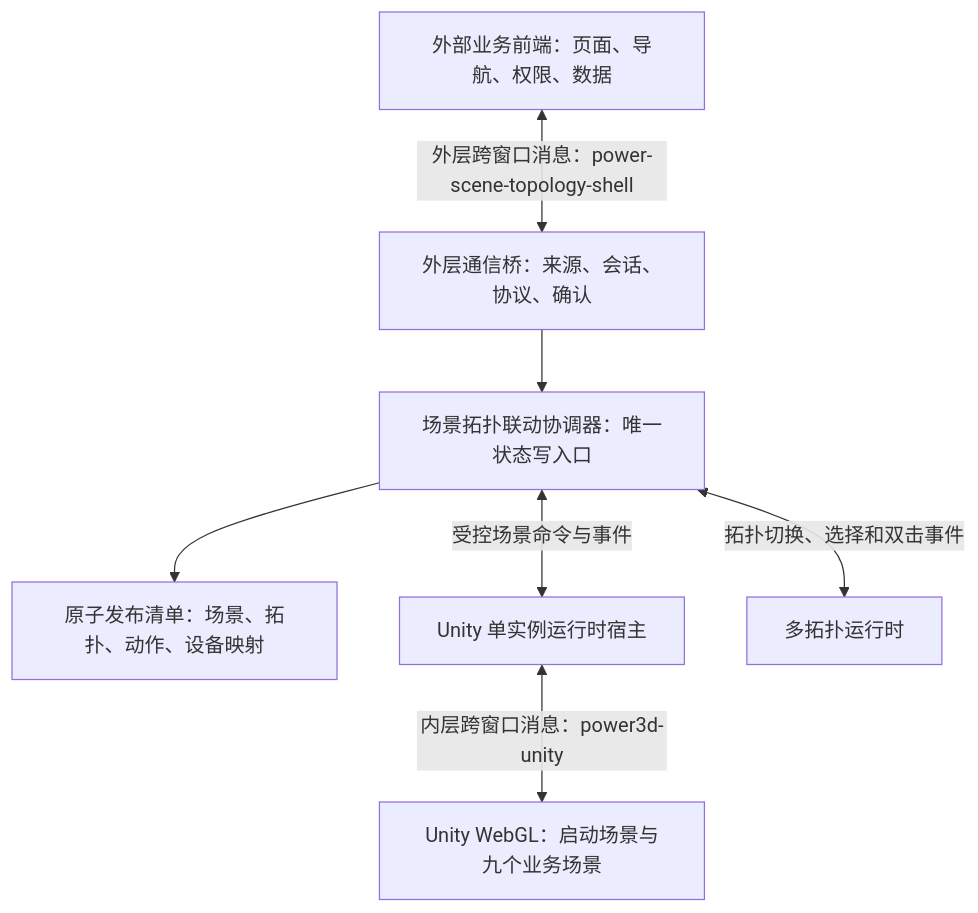
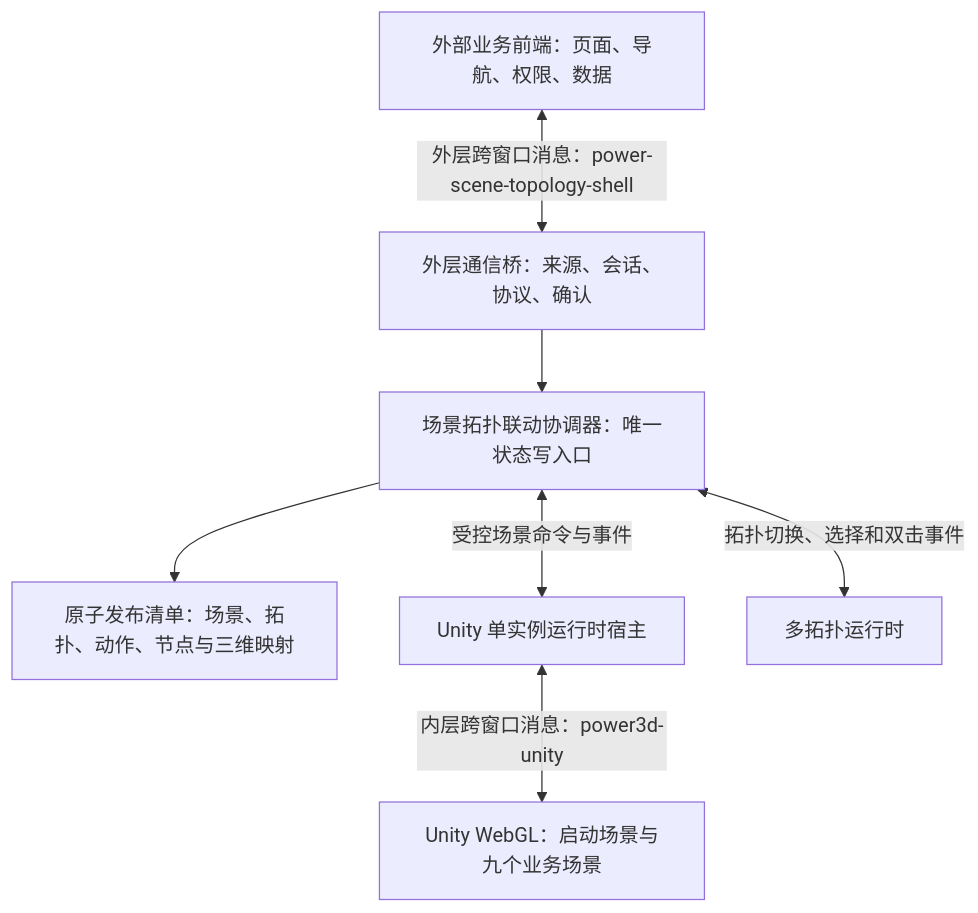
Before and after one commit to leyuexiang/WebDLPro: the first of 4 diagrams in Docs/电力全流程平台-前端架构设计.md, drawn with Mermaid. The commit also changed other lines of this file and 1842 other files, not shown here.

````diff
--- a/Docs/电力全流程平台-前端架构设计.md
+++ b/Docs/电力全流程平台-前端架构设计.md
@@ -95,17 +100,17 @@
 ```mermaid
 flowchart TB
   P["外部业务前端：页面、导航、权限、数据"]
   H["外层通信桥：来源、会话、协议、确认"]
   C["场景拓扑联动协调器：唯一状态写入口"]
-  M["原子发布清单：场景、拓扑、动作、设备映射"]
+  M["原子发布清单：场景、拓扑、动作、节点与三维映射"]
   U["Unity 单实例运行时宿主"]
   T["多拓扑运行时"]
   W["Unity WebGL：启动场景与九个业务场景"]
 
   P <-->|"外层跨窗口消息：power-scene-topology-shell"| H
   H --> C
   C --> M
   C <-->|"受控场景命令与事件"| U
   C <-->|"拓扑切换、选择和双击事件"| T
   U <-->|"内层跨窗口消息：power3d-unity"| W
 ```
````
